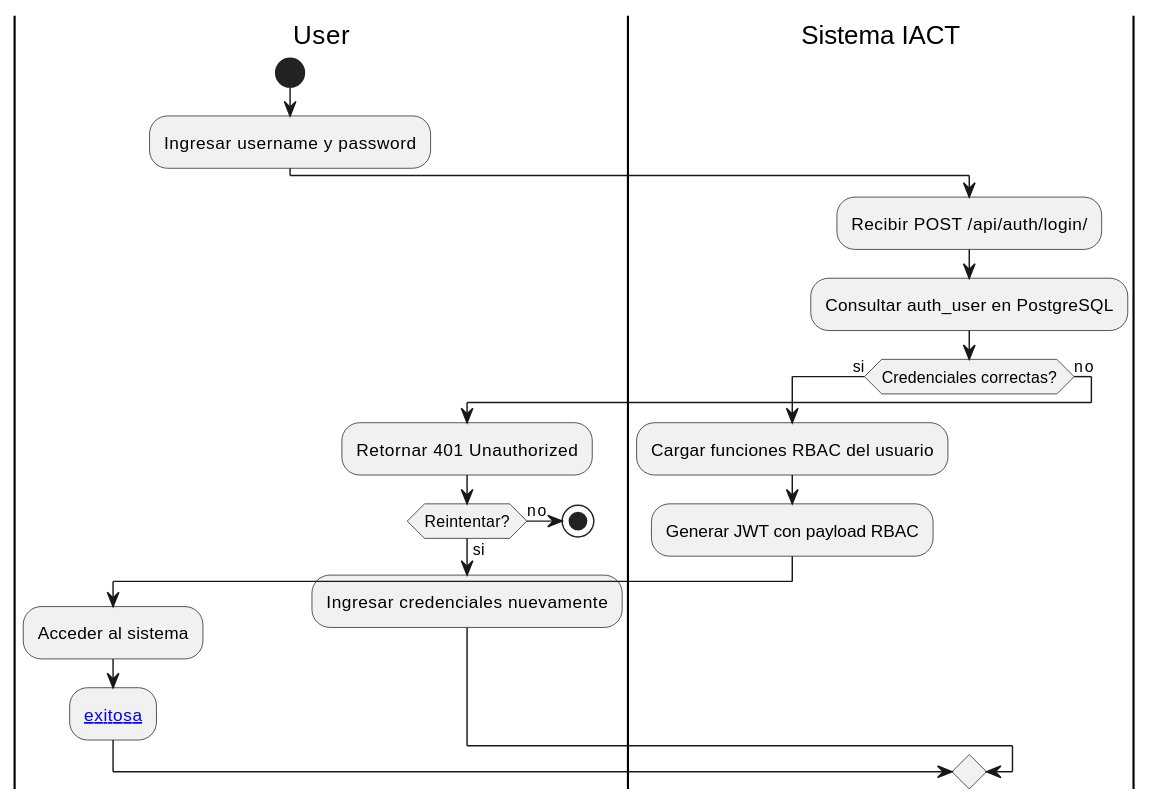
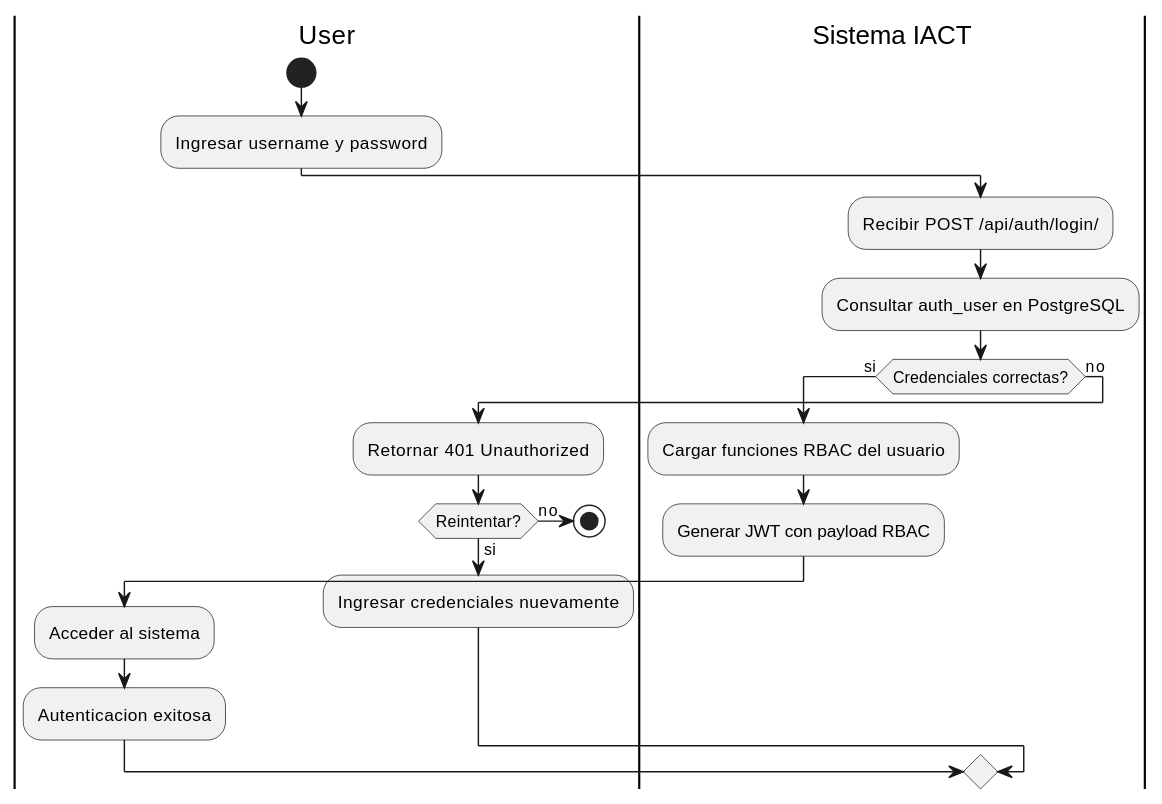
Before and after one commit to jcg-admin/IACT-docs: the fourth of 12 diagrams in source/arquitectura-tecnica/diagramas-uml-sistema.rst, drawn with PlantUML. The commit also changed other lines of this file and 77 other files, not shown here.

First line of the commit message:
Enforce RBAC function names as actors in all UML diagrams

```diff
--- a/source/arquitectura-tecnica/diagramas-uml-sistema.rst
+++ b/source/arquitectura-tecnica/diagramas-uml-sistema.rst
@@ -447,29 +447,29 @@
 .. uml::
  :caption: Figura 7 — Diagrama de actividad (sub-actividad autenticacion)
 
  @startuml
 
  |User|
  start
  :Ingresar username y password;
 
  |Sistema IACT|
  :Recibir POST /api/auth/login/;
  :Consultar auth_user en PostgreSQL;
  if (Credenciales correctas?) then (si)
    :Cargar funciones RBAC del usuario;
    :Generar JWT con payload RBAC;
    |User|
    :Acceder al sistema;
-   :[[Autenticacion exitosa]];
+   :Autenticacion exitosa;
  else (no)
    :Retornar 401 Unauthorized;
    |User|
    if (Reintentar?) then (si)
      :Ingresar credenciales nuevamente;
    else (no)
      stop
    endif
  endif
 
  @enduml
```
